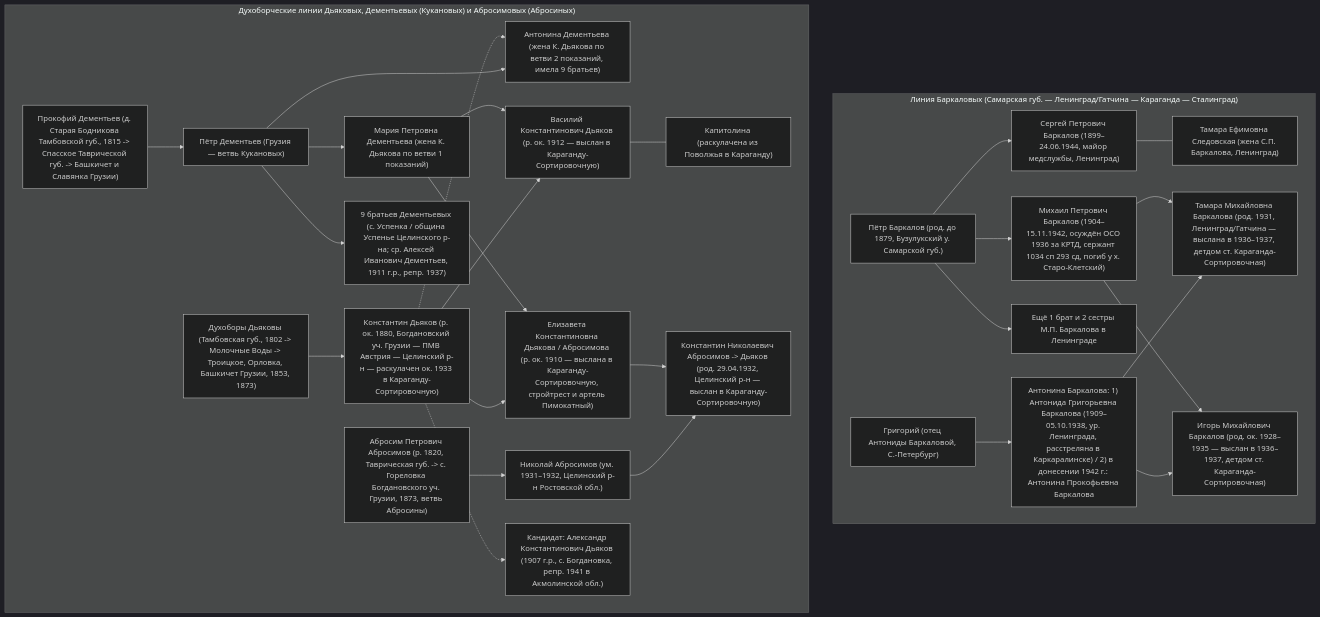
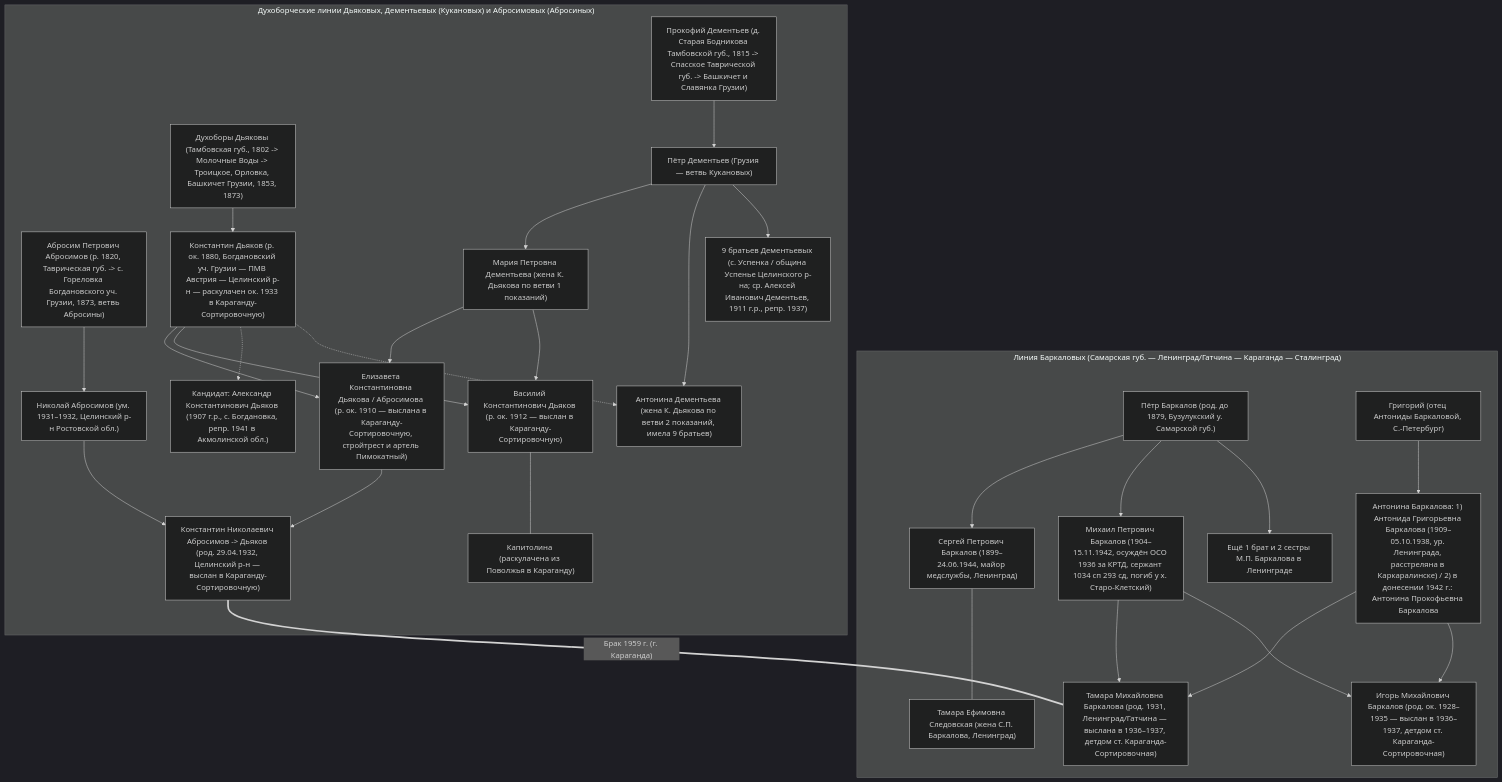
One commit to michaelyosta/barkalov-dyakov-genealogy changed the diagram in master_investigation_report.md. Above: the diagram before and after it, drawn with Mermaid (dark theme). The commit also changed other lines of this file and 4 other files, not shown here.

````diff
--- a/master_investigation_report.md
+++ b/master_investigation_report.md
@@ -107,57 +112,57 @@
 ```mermaid
 flowchart TD
     subgraph BARK["Линия Баркаловых (Самарская губ. — Ленинград/Гатчина — Караганда — Сталинград)"]
         P_PETR["Пётр Баркалов (род. до 1879, Бузулукский у. Самарской губ.)"]
         P_GRIG["Григорий (отец Антониды Баркаловой, С.-Петербург)"]
         P_SERG["Сергей Петрович Баркалов (1899–24.06.1944, майор медслужбы, Ленинград)"]
         P_SLEDOV["Тамара Ефимовна Следовская (жена С.П. Баркалова, Ленинград)"]
         P_MIKH["Михаил Петрович Баркалов (1904–15.11.1942, осуждён ОСО 1936 за КРТД, сержант 1034 сп 293 сд, погиб у х. Старо-Клетский)"]
         P_ANT["Антонина Баркалова: 1) Антонида Григорьевна Баркалова (1909–05.10.1938, ур. Ленинграда, расстреляна в Каркаралинске) / 2) в донесении 1942 г.: Антонина Прокофьевна Баркалова"]
         P_SIB["Ещё 1 брат и 2 сестры М.П. Баркалова в Ленинграде"]
         P_TAM["Тамара Михайловна Баркалова (род. 1931, Ленинград/Гатчина — выслана в 1936–1937, детдом ст. Караганда-Сортировочная)"]
         P_IGOR["Игорь Михайлович Баркалов (род. ок. 1928–1935 — выслан в 1936–1937, детдом ст. Караганда-Сортировочная)"]
 
         P_PETR --> P_SERG
         P_PETR --> P_MIKH
         P_PETR --> P_SIB
         P_SERG --- P_SLEDOV
         P_GRIG --> P_ANT
         P_MIKH & P_ANT --> P_TAM
         P_MIKH & P_ANT --> P_IGOR
     end
 
     subgraph DOUKH["Духоборческие линии Дьяковых, Дементьевых (Кукановых) и Абросимовых (Абросиных)"]
         D_ANC["Духоборы Дьяковы (Тамбовская губ., 1802 -> Молочные Воды -> Троицкое, Орловка, Башкичет Грузии, 1853, 1873)"]
         DEM_ANC["Прокофий Дементьев (д. Старая Бодникова Тамбовской губ., 1815 -> Спасское Таврической губ. -> Башкичет и Славянка Грузии)"]
         ABR_ANC["Абросим Петрович Абросимов (р. 1820, Таврическая губ. -> с. Гореловка Богдановского уч. Грузии, 1873, ветвь Абросины)"]
 
         D_KONST["Константин Дьяков (р. ок. 1880, Богдановский уч. Грузии — ПМВ Австрия — Целинский р-н — раскулачен ок. 1933 в Караганду-Сортировочную)"]
         DEM_PETR["Пётр Дементьев (Грузия — ветвь Кукановых)"]
         DEM_MAR["Мария Петровна Дементьева (жена К. Дьякова по ветви 1 показаний)"]
         DEM_ANT["Антонина Дементьева (жена К. Дьякова по ветви 2 показаний, имела 9 братьев)"]
         DEM_9BR["9 братьев Дементьевых (с. Успенка / община Успенье Целинского р-на; ср. Алексей Иванович Дементьев, 1911 г.р., репр. 1937)"]
 
         D_ALEX["Кандидат: Александр Константинович Дьяков (1907 г.р., с. Богдановка, репр. 1941 в Акмолинской обл.)"]
         D_VAS["Василий Константинович Дьяков (р. ок. 1912 — выслан в Караганду-Сортировочную)"]
         D_KAP["Капитолина (раскулачена из Поволжья в Караганду)"]
         D_ELIZ["Елизавета Константиновна Дьякова / Абросимова (р. ок. 1910 — выслана в Караганду-Сортировочную, стройтрест и артель Пимокатный)"]
         ABR_NIK["Николай Абросимов (ум. 1931–1932, Целинский р-н Ростовской обл.)"]
         ABR_KONST["Константин Николаевич Абросимов -> Дьяков (род. 29.04.1932, Целинский р-н — выслан в Караганду-Сортировочную)"]
 
         D_ANC --> D_KONST
         DEM_ANC --> DEM_PETR
         DEM_PETR --> DEM_MAR
         DEM_PETR --> DEM_ANT
         DEM_PETR --> DEM_9BR
         ABR_ANC --> ABR_NIK
 
         D_KONST & DEM_MAR --> D_ELIZ
         D_KONST & DEM_MAR --> D_VAS
         D_KONST -.-> D_ALEX
         D_KONST -.-> DEM_ANT
         D_VAS --- D_KAP
         ABR_NIK & D_ELIZ --> ABR_KONST
     end
 
-    %% Ветви Баркаловых и Дьяковых-Абросимовых сходятся на ст. Караганда-Сортировочная, но конкретное поколение и актовая запись брачного союза подлежат установлению через ЗАГС.
+    ABR_KONST === |"Брак 1959 г. (г. Караганда)"| P_TAM
 ```
````
